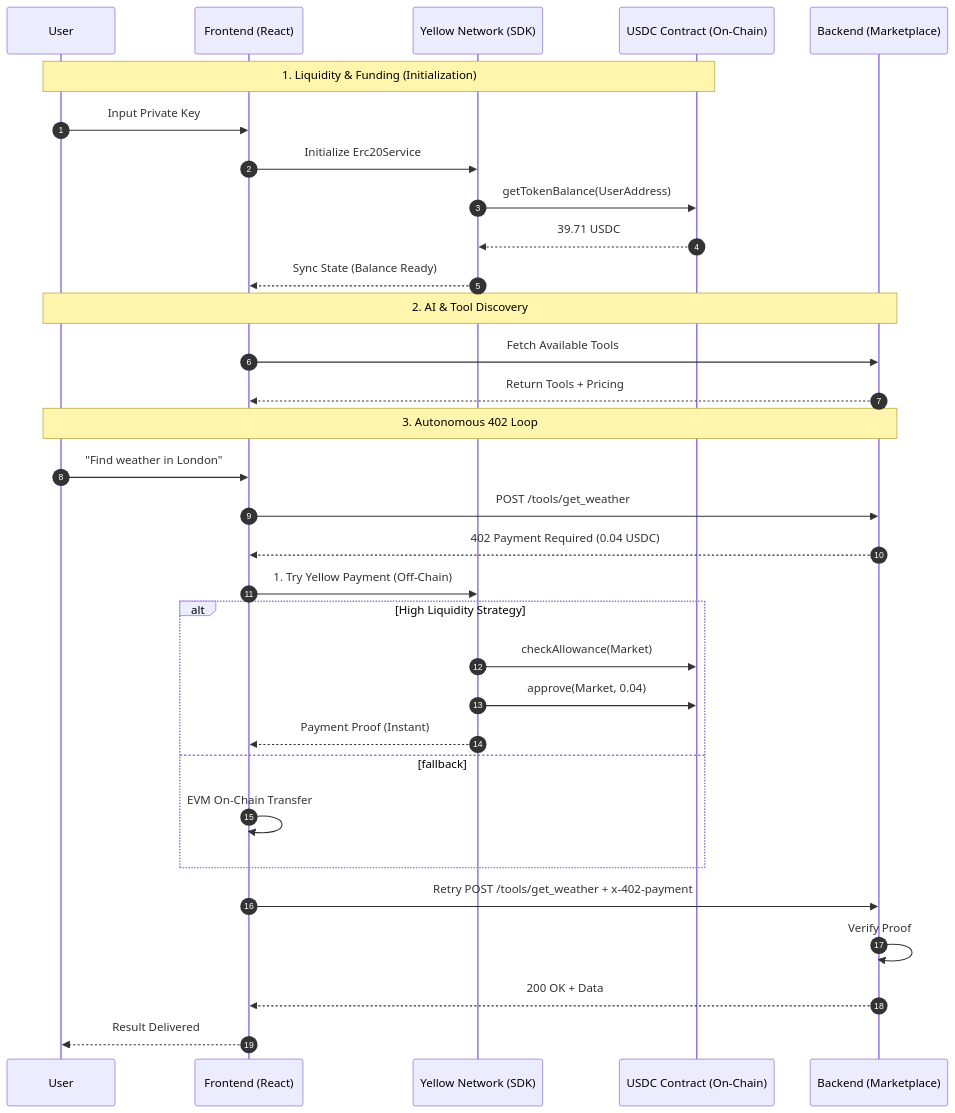
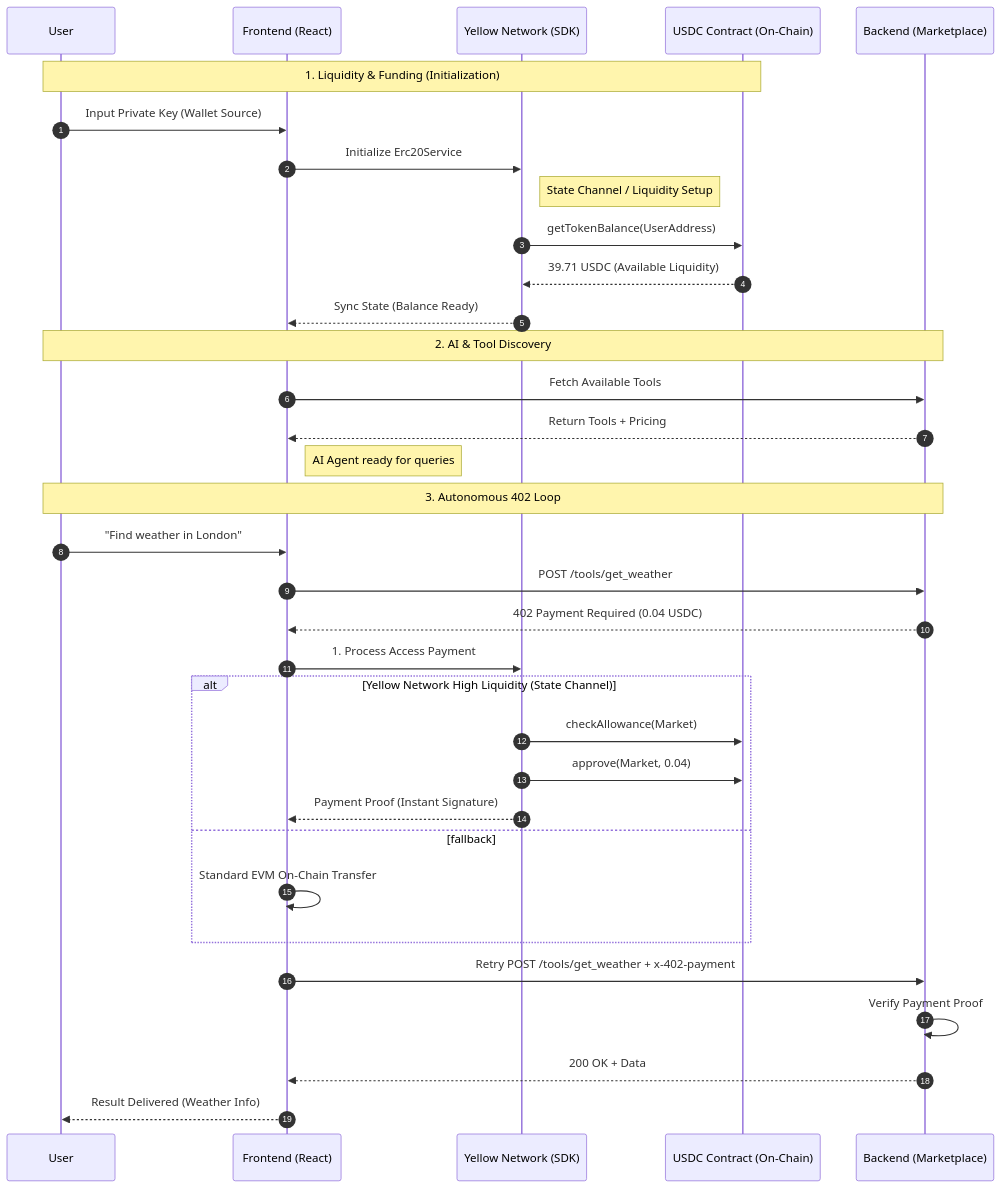
The diagram in README.md (Ankitanand2411/Agent-x402), drawn with Mermaid before and after one commit. The commit also changed other lines of this file and 6 other files, not shown here.

````diff
--- a/README.md
+++ b/README.md
@@ -35,39 +35,41 @@
 ```mermaid
 sequenceDiagram
     autonumber
     participant User
     participant App as Frontend (React)
     participant Yellow as Yellow Network (SDK)
     participant USDC as USDC Contract (On-Chain)
     participant Market as Backend (Marketplace)
 
     Note over User, USDC: 1. Liquidity & Funding (Initialization)
-    User->>App: Input Private Key
+    User->>App: Input Private Key (Wallet Source)
     App->>Yellow: Initialize Erc20Service
+    Note right of Yellow: State Channel / Liquidity Setup
     Yellow->>USDC: getTokenBalance(UserAddress)
-    USDC-->>Yellow: 39.71 USDC
+    USDC-->>Yellow: 39.71 USDC (Available Liquidity)
     Yellow-->>App: Sync State (Balance Ready)
 
     Note over User, Market: 2. AI & Tool Discovery
     App->>Market: Fetch Available Tools
     Market-->>App: Return Tools + Pricing
+    Note right of App: AI Agent ready for queries
 
     Note over User, Market: 3. Autonomous 402 Loop
     User->>App: "Find weather in London"
     App->>Market: POST /tools/get_weather
     Market-->>App: 402 Payment Required (0.04 USDC)
     
-    App->>Yellow: 1. Try Yellow Payment (Off-Chain)
-    alt High Liquidity Strategy
+    App->>Yellow: 1. Process Access Payment
+    alt Yellow Network High Liquidity (State Channel)
         Yellow->>USDC: checkAllowance(Market)
         Yellow->>USDC: approve(Market, 0.04)
-        Yellow-->>App: Payment Proof (Instant)
+        Yellow-->>App: Payment Proof (Instant Signature)
     else fallback
-        App->>App: EVM On-Chain Transfer
+        App->>App: Standard EVM On-Chain Transfer
     end
 
     App->>Market: Retry POST /tools/get_weather + x-402-payment
-    Market->>Market: Verify Proof
+    Market->>Market: Verify Payment Proof
     Market-->>App: 200 OK + Data
-    App-->>User: Result Delivered
+    App-->>User: Result Delivered (Weather Info)
 ```
````
